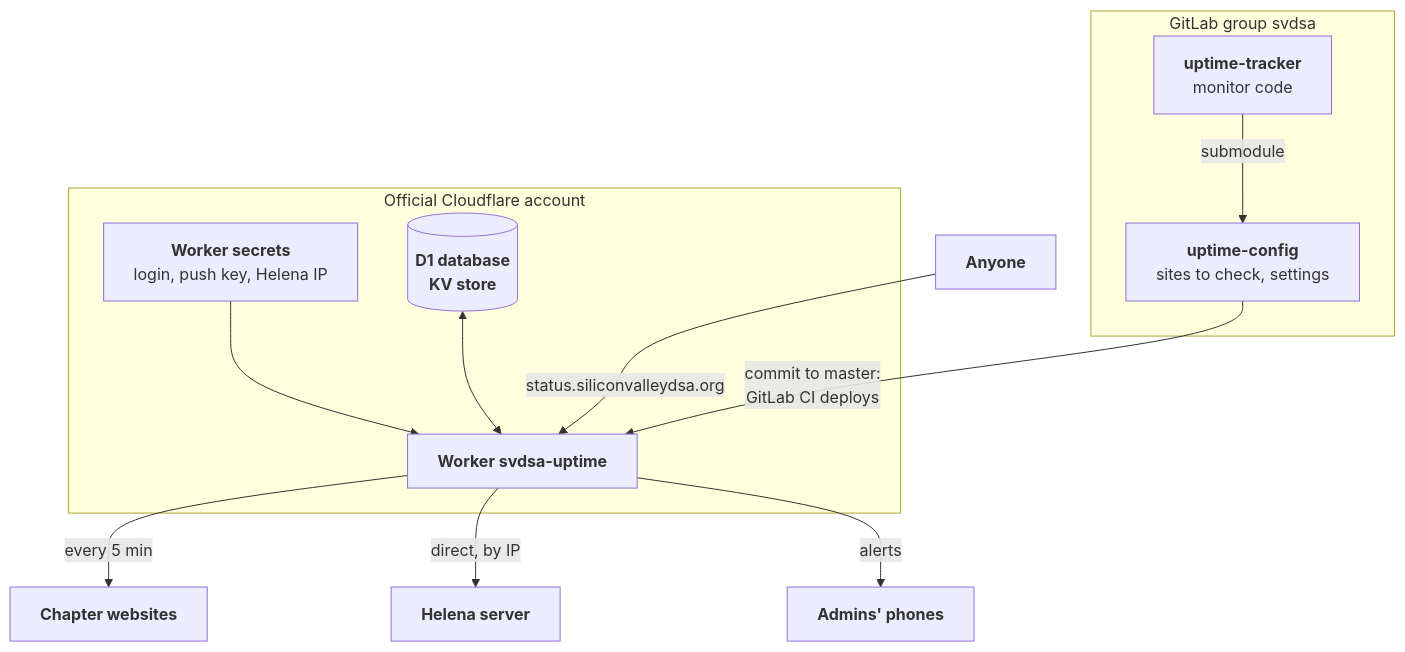
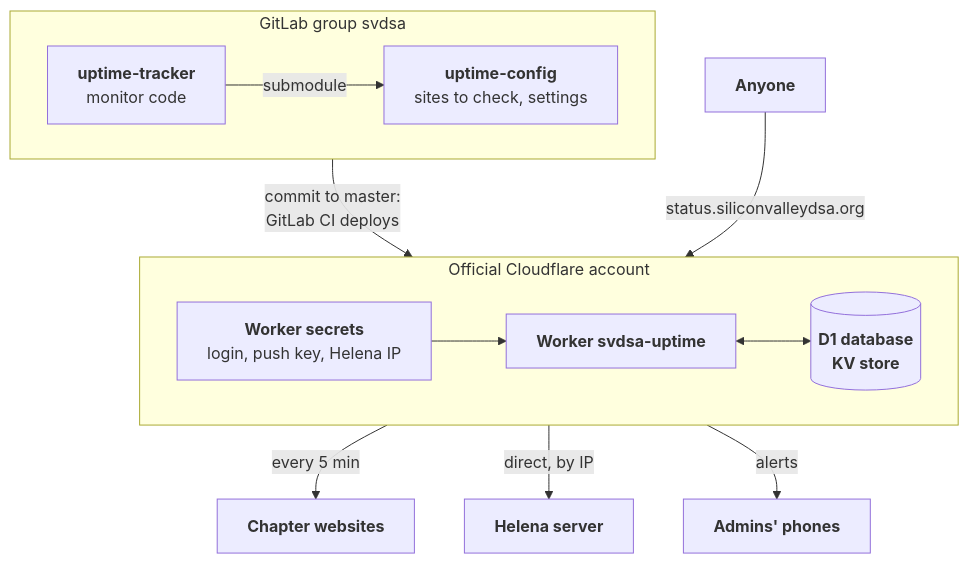
The second of 2 diagrams in SETUP.md (cinderblock/svdsa-uptime-config), drawn with Mermaid before and after one commit.

Commit message:
guide: stack GitLab and Anyone above Cloudflare in the fit-together diagram

````diff
--- a/SETUP.md
+++ b/SETUP.md
@@ -29,15 +29,18 @@
 ```mermaid
 flowchart TB
+  people["<b>Anyone</b>"]
   subgraph gl["GitLab group svdsa"]
+    direction LR
     eng["<b>uptime-tracker</b><br>monitor code"] -- "submodule" --> cfg["<b>uptime-config</b><br>sites to check, settings"]
   end
   subgraph cf["Official Cloudflare account"]
+    direction LR
     sec["<b>Worker secrets</b><br>login, push key, Helena IP"] --> w["<b>Worker svdsa-uptime</b>"]
-    db[("<b>D1 database</b><br><b>KV store</b>")] <--> w
+    w <--> db[("<b>D1 database</b><br><b>KV store</b>")]
   end
-  cfg -- "commit to master:<br>GitLab CI deploys" --> w
-  people["<b>Anyone</b>"] -- "status.siliconvalleydsa.org" --> w
-  w -- "every 5 min" --> sites["<b>Chapter websites</b>"]
-  w -- "direct, by IP" --> helena["<b>Helena server</b>"]
-  w -- "alerts" --> phones["<b>Admins' phones</b>"]
+  gl -- "commit to master:<br>GitLab CI deploys" --> cf
+  people -- "status.siliconvalleydsa.org" --> cf
+  cf -- "every 5 min" --> sites["<b>Chapter websites</b>"]
+  cf -- "direct, by IP" --> helena["<b>Helena server</b>"]
+  cf -- "alerts" --> phones["<b>Admins' phones</b>"]
 ```
````
